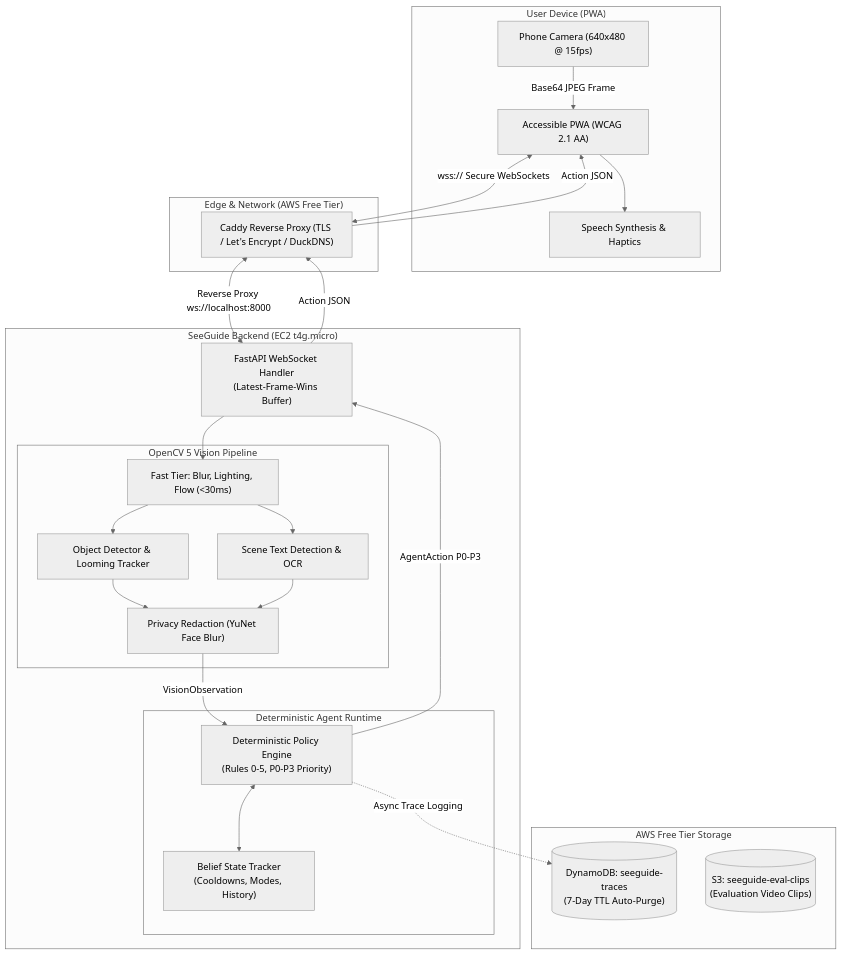
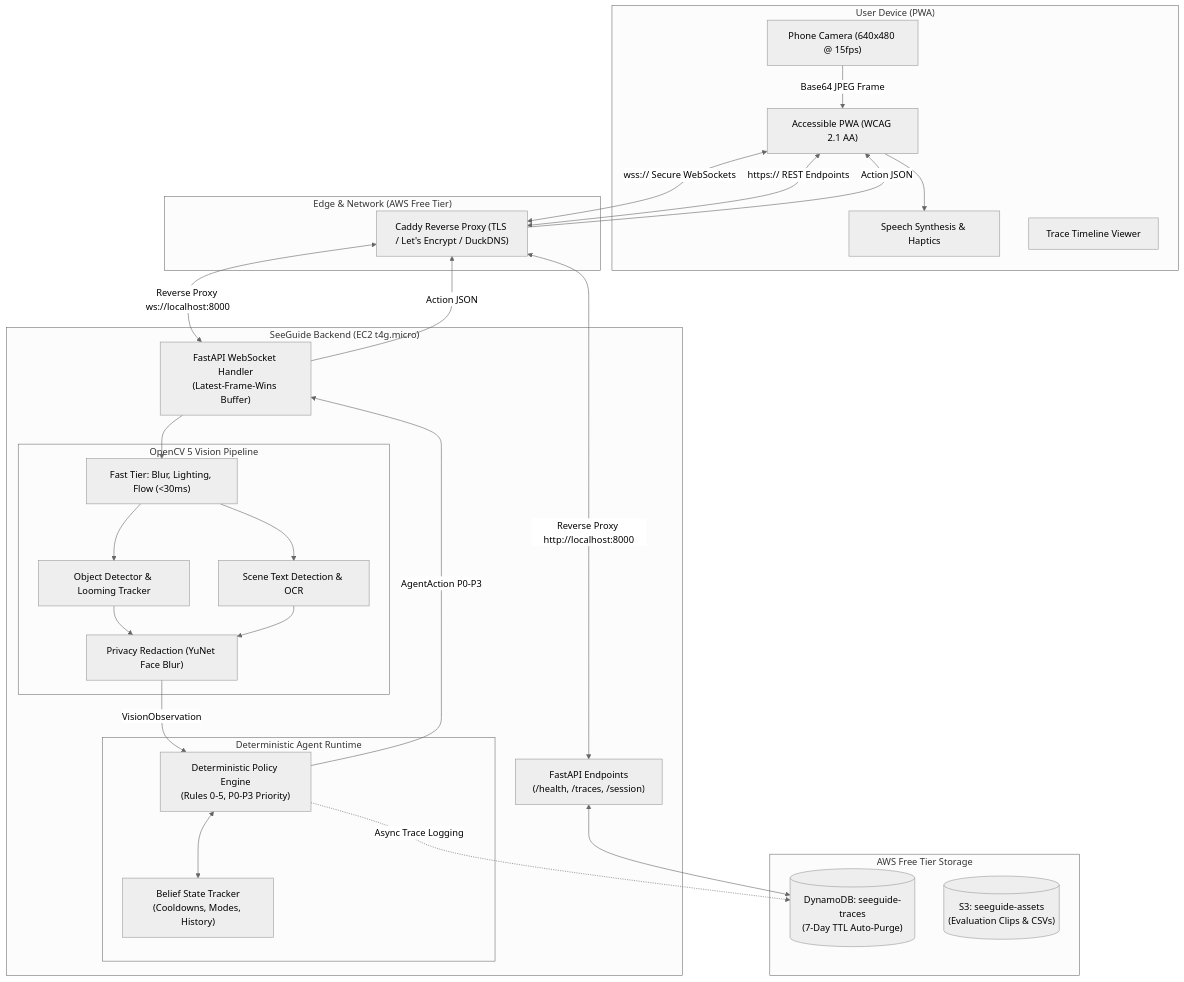
The diagram in README.md (DEADEND-47/SeeGuide), drawn with Mermaid (neutral theme) before and after one commit. The commit also changed other lines of this file and 3 other files, not shown here.

````diff
--- a/README.md
+++ b/README.md
@@ -30,48 +31,53 @@
 ```mermaid
 flowchart TD
     subgraph Mobile ["User Device (PWA)"]
         Camera["Phone Camera (640x480 @ 15fps)"]
         UI["Accessible PWA (WCAG 2.1 AA)"]
         TTS["Speech Synthesis & Haptics"]
+        Viewer["Trace Timeline Viewer"]
     end
 
     subgraph Ingress ["Edge & Network (AWS Free Tier)"]
         Caddy["Caddy Reverse Proxy (TLS / Let's Encrypt / DuckDNS)"]
     end
 
     subgraph Backend ["SeeGuide Backend (EC2 t4g.micro)"]
         WS["FastAPI WebSocket Handler\n(Latest-Frame-Wins Buffer)"]
+        HTTP["FastAPI Endpoints\n(/health, /traces, /session)"]
         
         subgraph Vision ["OpenCV 5 Vision Pipeline"]
             Fast["Fast Tier: Blur, Lighting, Flow (<30ms)"]
             Detect["Object Detector & Looming Tracker"]
             OCR["Scene Text Detection & OCR"]
             Priv["Privacy Redaction (YuNet Face Blur)"]
         end
 
         subgraph Agent ["Deterministic Agent Runtime"]
             Belief["Belief State Tracker\n(Cooldowns, Modes, History)"]
             Policy["Deterministic Policy Engine\n(Rules 0-5, P0-P3 Priority)"]
         end
     end
 
     subgraph Storage ["AWS Free Tier Storage"]
         DDB[("DynamoDB: seeguide-traces\n(7-Day TTL Auto-Purge)")]
-        S3[("S3: seeguide-eval-clips\n(Evaluation Video Clips)")]
+        S3[("S3: seeguide-assets\n(Evaluation Clips & CSVs)")]
     end
 
     Camera -->|Base64 JPEG Frame| UI
     UI <-->|wss:// Secure WebSockets| Caddy
+    UI <-->|https:// REST Endpoints| Caddy
     Caddy <-->|Reverse Proxy ws://localhost:8000| WS
+    Caddy <-->|Reverse Proxy http://localhost:8000| HTTP
     WS --> Fast
     Fast --> Detect
     Fast --> OCR
     Detect & OCR --> Priv
     Priv -->|VisionObservation| Policy
     Policy <--> Belief
     Policy -->|AgentAction P0-P3| WS
     WS -->|Action JSON| Caddy
     Caddy -->|Action JSON| UI
     UI --> TTS
     Policy -.->|Async Trace Logging| DDB
+    HTTP <--> DDB
 ```
````
